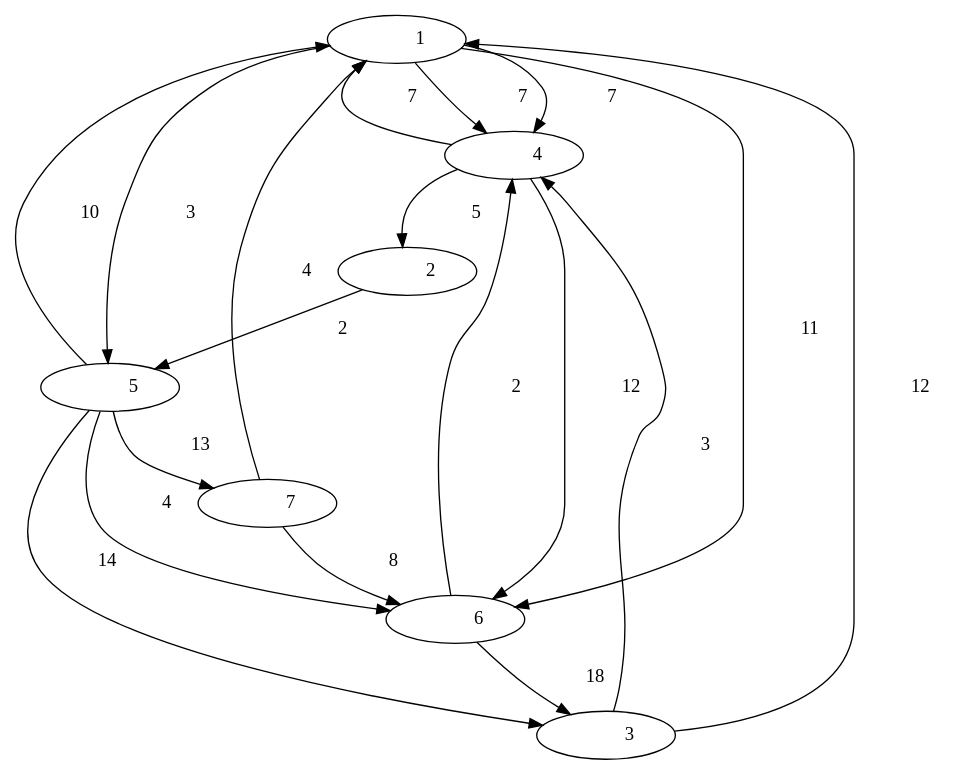
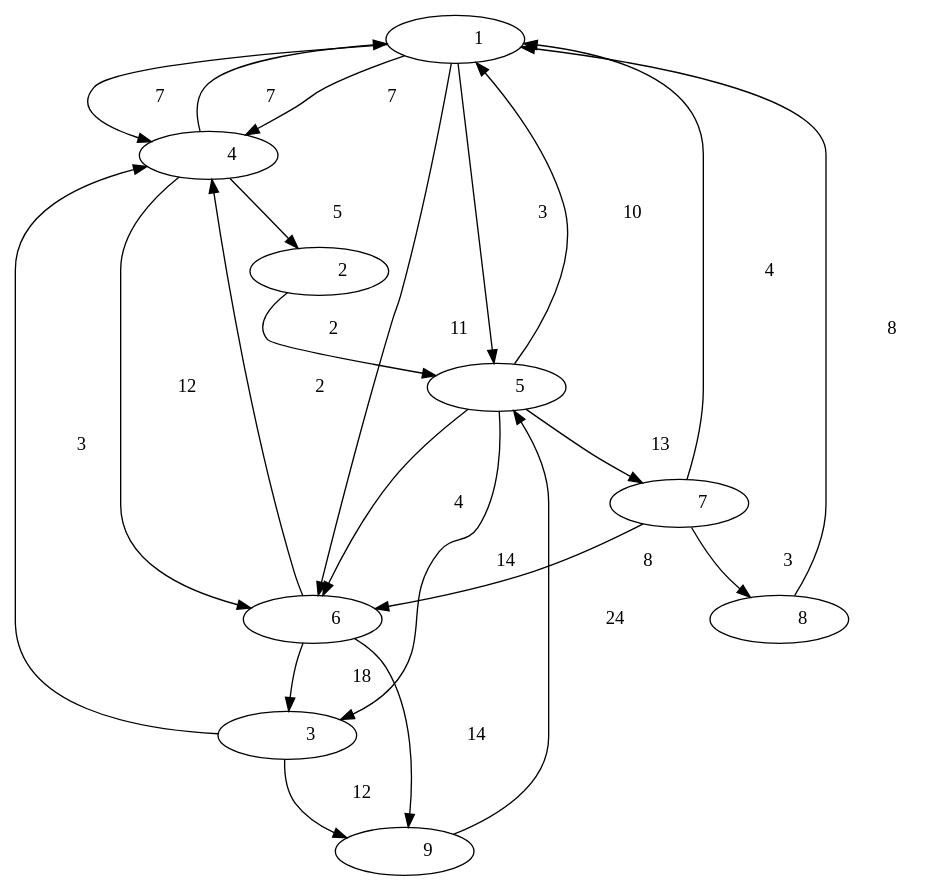
The diagram in FASE3/graph.dot (nxz7/EDD_PROYECTO-_202200007), drawn with Graphviz before and after one commit. The commit also changed 16 other files, not shown here.

```diff
--- a/FASE3/graph.dot
+++ b/FASE3/graph.dot
@@ -1,27 +1,33 @@
  digraph G {
            1 [label = "           1 "]
            1  ->            4  [label = "           7 ", dir = normal];
            1  ->            5  [label = "           3 ", dir = normal];
            1  ->            4  [label = "           7 ", dir = normal];
            1  ->            6  [label = "          11 ", dir = normal];
            2 [label = "           2 "]
            2  ->            5  [label = "           2 ", dir = normal];
            3 [label = "           3 "]
-           3  ->            1  [label = "          12 ", dir = normal];
+           3  ->            9  [label = "          12 ", dir = normal];
            3  ->            4  [label = "           3 ", dir = normal];
            4 [label = "           4 "]
            4  ->            2  [label = "           5 ", dir = normal];
            4  ->            6  [label = "          12 ", dir = normal];
            4  ->            1  [label = "           7 ", dir = normal];
            5 [label = "           5 "]
            5  ->            3  [label = "          14 ", dir = normal];
            5  ->            1  [label = "          10 ", dir = normal];
            5  ->            7  [label = "          13 ", dir = normal];
            5  ->            6  [label = "           4 ", dir = normal];
            6 [label = "           6 "]
            6  ->            4  [label = "           2 ", dir = normal];
            6  ->            3  [label = "          18 ", dir = normal];
+           6  ->            9  [label = "          14 ", dir = normal];
            7 [label = "           7 "]
            7  ->            1  [label = "           4 ", dir = normal];
            7  ->            6  [label = "           8 ", dir = normal];
+           7  ->            8  [label = "           3 ", dir = normal];
+           8 [label = "           8 "]
+           8  ->            1  [label = "           8 ", dir = normal];
+           9 [label = "           9 "]
+           9  ->            5  [label = "          24 ", dir = normal];
  }
```
